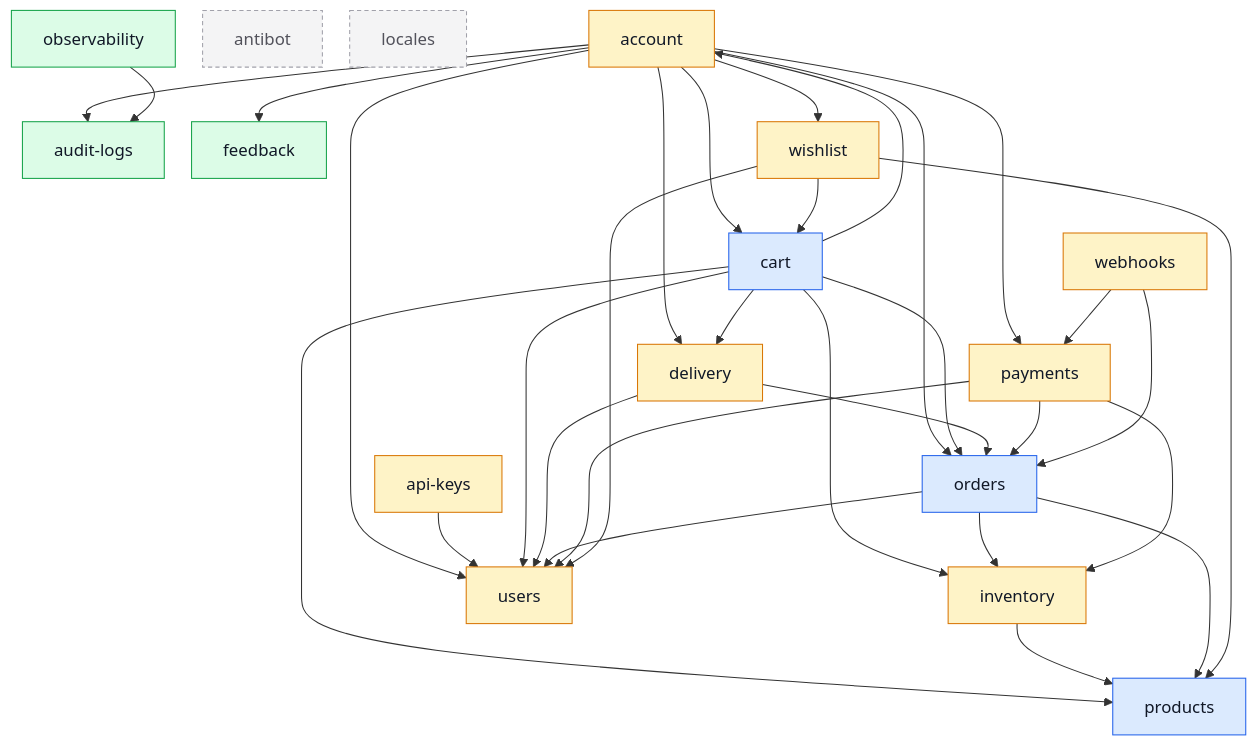
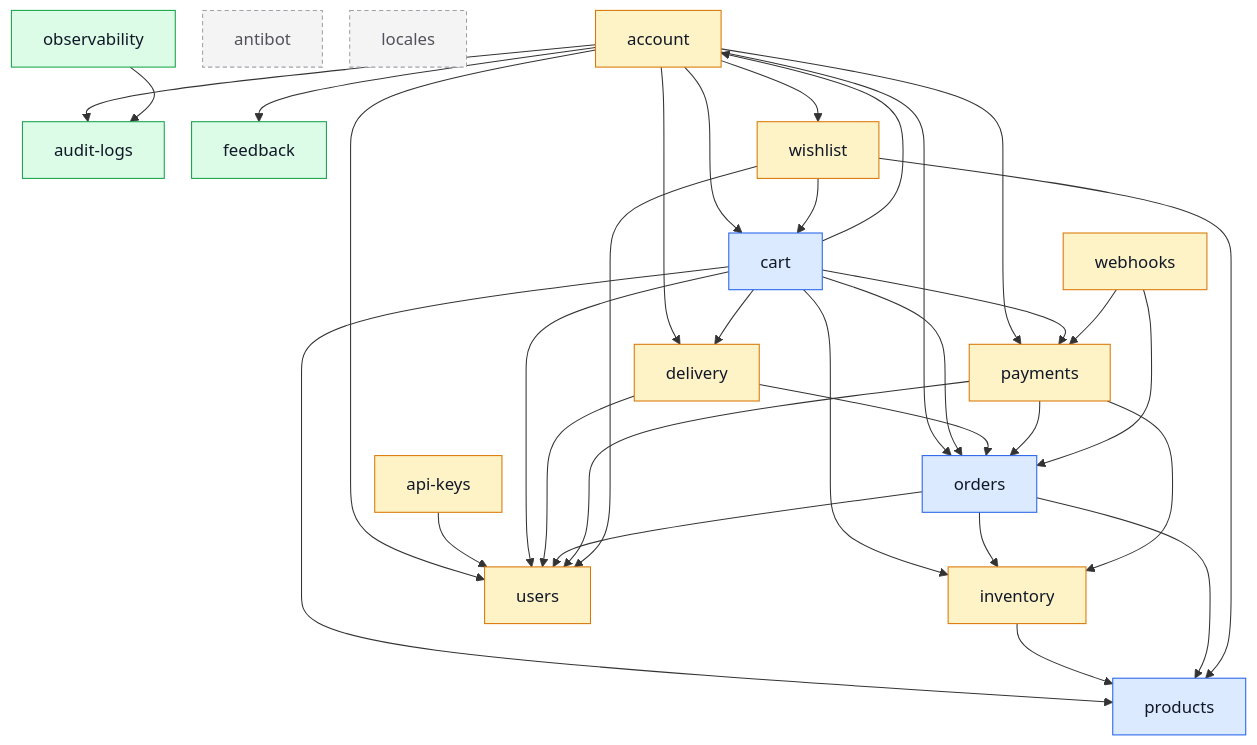
The diagram in docs/modules/index.md (Guebbit/boilerplate-node-backend), drawn with Mermaid before and after one commit. The commit also changed other lines of this file and 51 other files, not shown here.

````diff
--- a/docs/modules/index.md
+++ b/docs/modules/index.md
@@ -40,60 +40,61 @@
 ```mermaid
 %%{init: {'flowchart': {'nodeSpacing': 26, 'rankSpacing': 52}}}%%
 flowchart TD
     account
     antibot
     api_keys["api-keys"]
     audit_logs["audit-logs"]
     cart
     delivery
     feedback
     inventory
     locales
     observability
     orders
     payments
     products
     users
     webhooks
     wishlist
 
     account --> audit_logs
     account --> cart
     account --> delivery
     account --> feedback
     account --> orders
     account --> payments
     account --> users
     account --> wishlist
     api_keys --> users
     cart --> account
     cart --> delivery
     cart --> inventory
     cart --> orders
+    cart --> payments
     cart --> products
     cart --> users
     delivery --> orders
     delivery --> users
     inventory --> products
     observability --> audit_logs
     orders --> inventory
     orders --> products
     orders --> users
     payments --> inventory
     payments --> orders
     payments --> users
     webhooks --> orders
     webhooks --> payments
     wishlist --> cart
     wishlist --> products
     wishlist --> users
 
     classDef core fill:#dbeafe,stroke:#2563eb,color:#111827;
     classDef supporting fill:#fef3c7,stroke:#d97706,color:#111827;
     classDef generic fill:#dcfce7,stroke:#16a34a,color:#111827;
     classDef isolated fill:#f4f4f5,stroke:#a1a1aa,color:#52525b,stroke-dasharray:4 3;
     class cart,orders,products core;
     class account,api_keys,delivery,inventory,payments,users,webhooks,wishlist supporting;
     class audit_logs,feedback,observability generic;
     class antibot,locales isolated;
 ```
````
